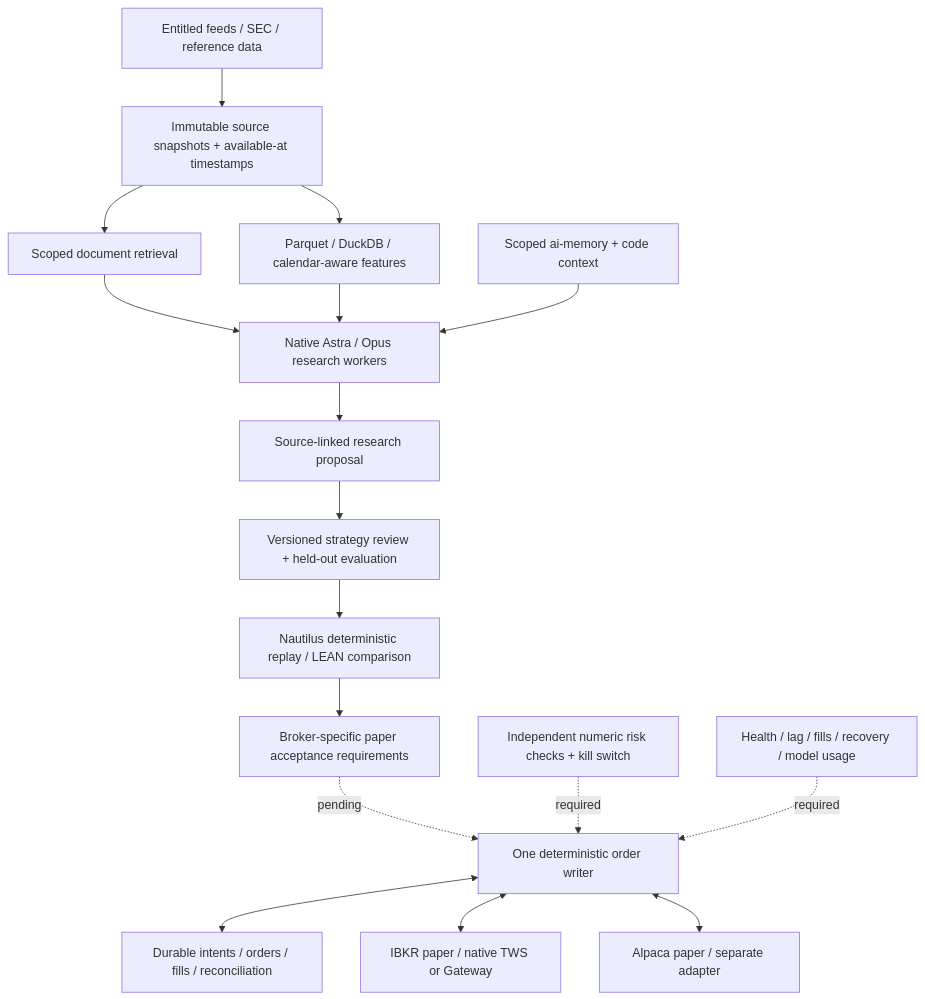
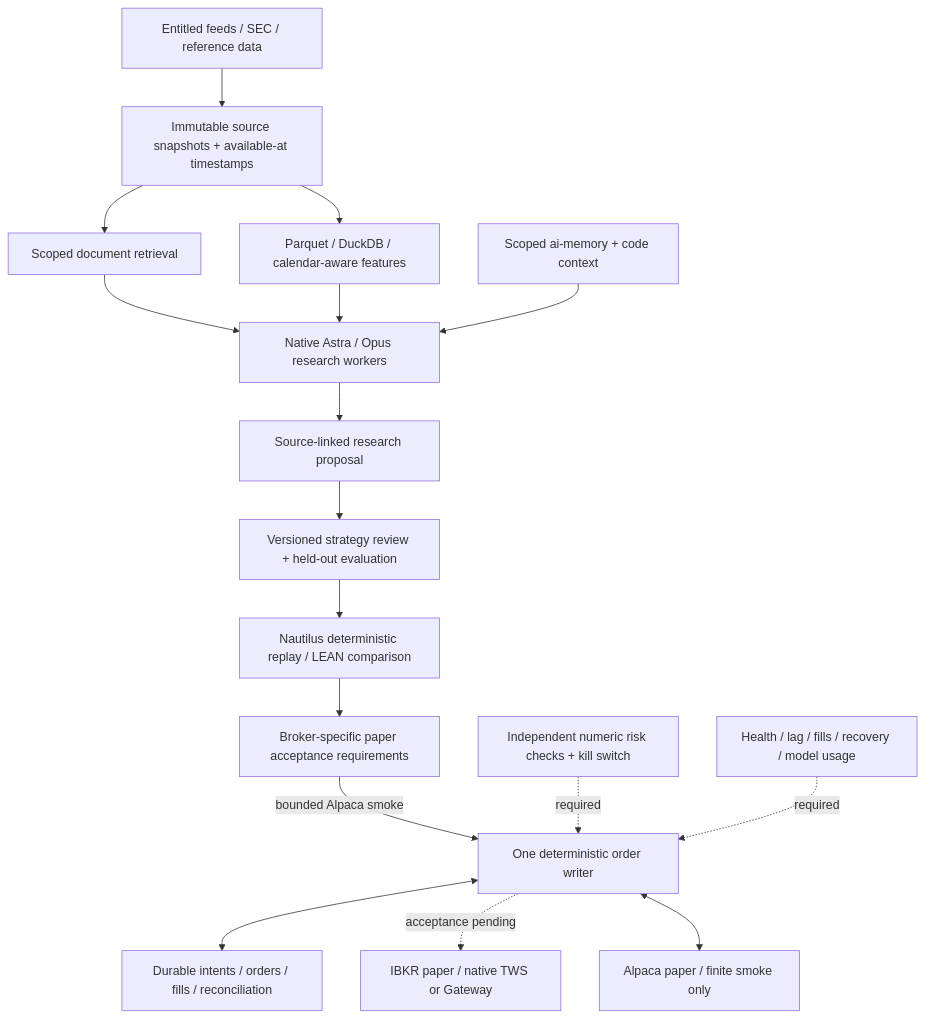
The diagram in blueprints/us-equities/north-star.md (seathatflowsinourveins/native-agent-stack), drawn with Mermaid before and after one commit. The commit also changed other lines of this file and 1 other file, not shown here.

Commit message:
docs: reconcile equity north star with native paper evidence

````diff
--- a/blueprints/us-equities/north-star.md
+++ b/blueprints/us-equities/north-star.md
@@ -49,19 +52,19 @@
 ```mermaid
 flowchart TB
     sources[Entitled feeds / SEC / reference data] --> raw[Immutable source snapshots + available-at timestamps]
     raw --> table[Parquet / DuckDB / calendar-aware features]
     raw --> docs[Scoped document retrieval]
     docs --> research[Native Astra / Opus research workers]
     table --> research
     memory[Scoped ai-memory + code context] --> research
     research --> proposal[Source-linked research proposal]
     proposal --> review[Versioned strategy review + held-out evaluation]
     review --> replay[Nautilus deterministic replay / LEAN comparison]
     replay --> acceptance[Broker-specific paper acceptance requirements]
-    acceptance -. pending .-> execution[One deterministic order writer]
+    acceptance -->|bounded Alpaca smoke| execution[One deterministic order writer]
     execution <--> journal[Durable intents / orders / fills / reconciliation]
-    execution <--> ibkr[IBKR paper / native TWS or Gateway]
-    execution <--> alpaca[Alpaca paper / separate adapter]
+    execution -. acceptance pending .-> ibkr[IBKR paper / native TWS or Gateway]
+    execution <--> alpaca[Alpaca paper / finite smoke only]
     risk[Independent numeric risk checks + kill switch] -. required .-> execution
     observe[Health / lag / fills / recovery / model usage] -. required .-> execution
 ```
````
